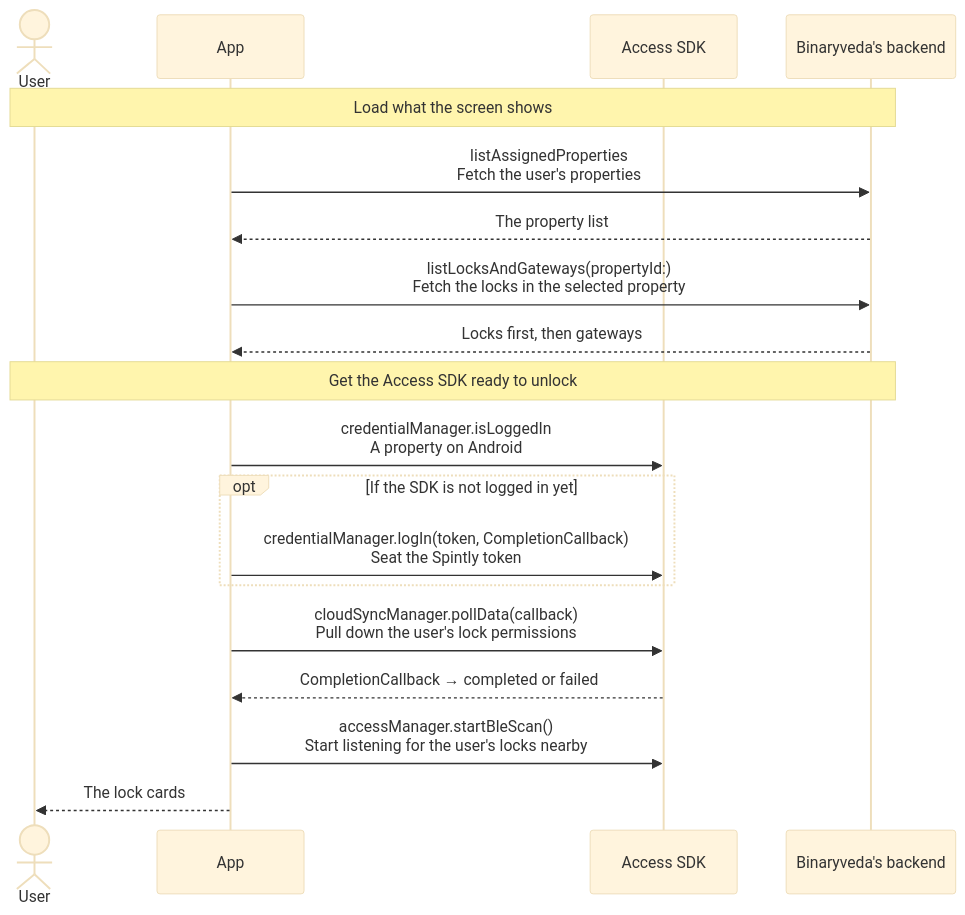
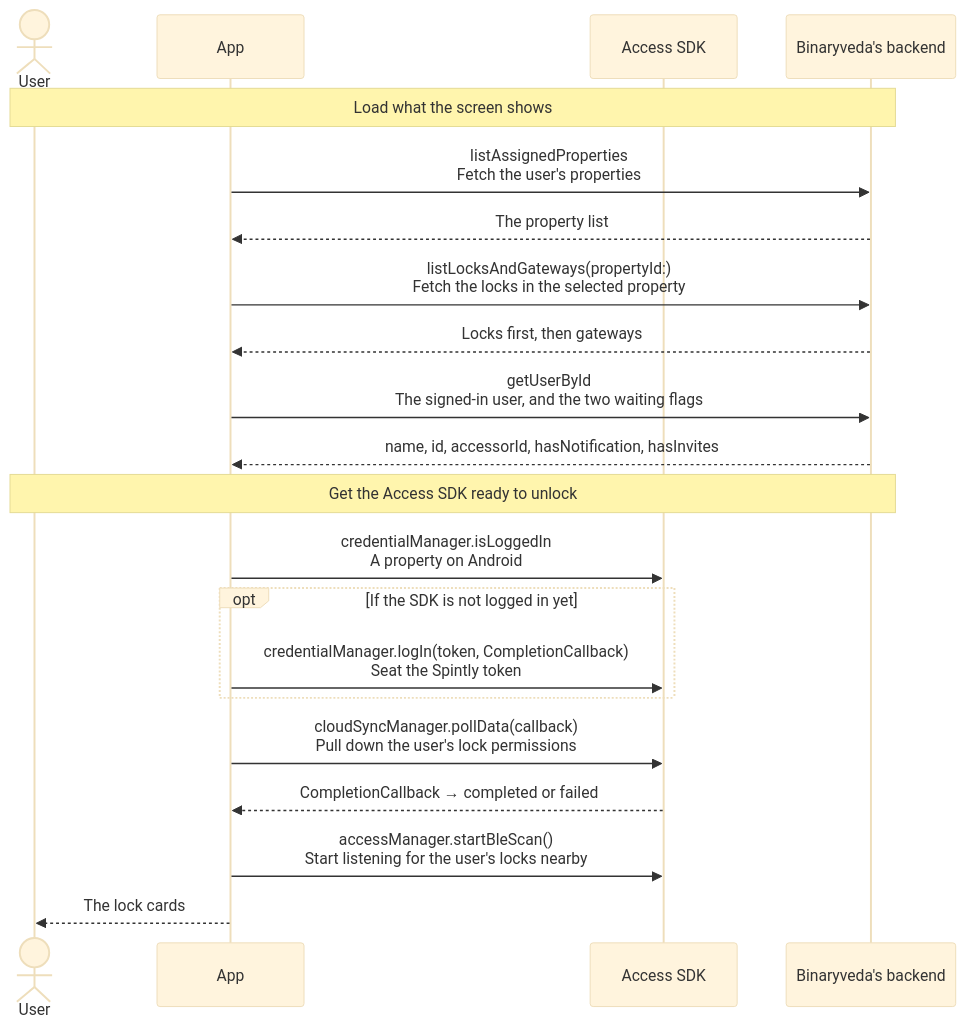
One commit to Yash-Wadatkar-Binaryveda/sdk-docs-site changed the third of 7 diagrams in docs/home.md. Above: the diagram before and after it, drawn with Mermaid (base theme). The commit also changed other lines of this file and 14 other files, not shown here.

First line of the commit message:
Enhance documentation with new Profile and Account section and update diagram color handling

````diff
--- a/docs/home.md
+++ b/docs/home.md
@@ -86,23 +93,25 @@
     ```mermaid
     sequenceDiagram
         actor U as User
         participant A as App
         participant S as Access SDK
         participant B as Binaryveda's backend
 
         Note over U,B: Load what the screen shows
         A->>B: listAssignedProperties<br/>Fetch the user's properties
         B-->>A: The property list
         A->>B: listLocksAndGateways(propertyId:)<br/>Fetch the locks in the selected property
         B-->>A: Locks first, then gateways
+        A->>B: getUserById<br/>The signed-in user, and the two waiting flags
+        B-->>A: name, id, accessorId, hasNotification, hasInvites
 
         Note over U,B: Get the Access SDK ready to unlock
         A->>S: credentialManager.isLoggedIn<br/>A property on Android
         opt If the SDK is not logged in yet
             A->>S: credentialManager.logIn(token, CompletionCallback)<br/>Seat the Spintly token
         end
         A->>S: cloudSyncManager.pollData(callback)<br/>Pull down the user's lock permissions
         S-->>A: CompletionCallback → completed or failed
         A->>S: accessManager.startBleScan()<br/>Start listening for the user's locks nearby
         A-->>U: The lock cards
     ```
````
